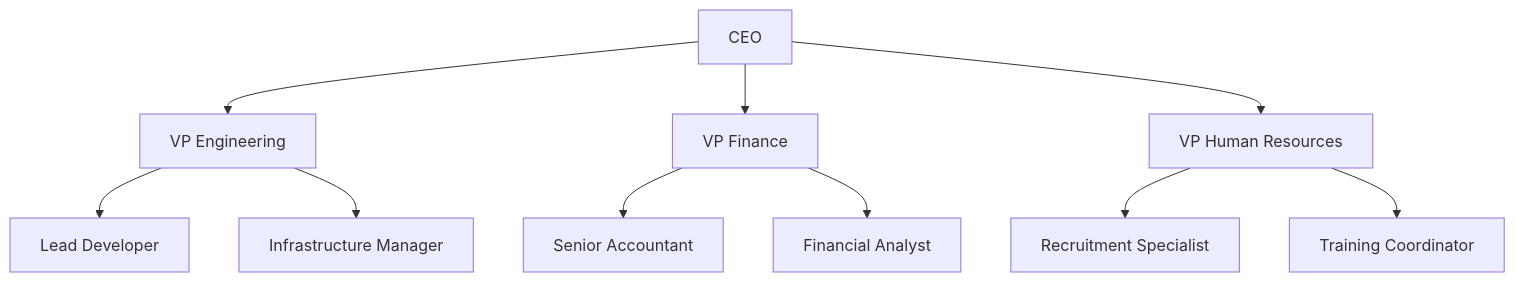
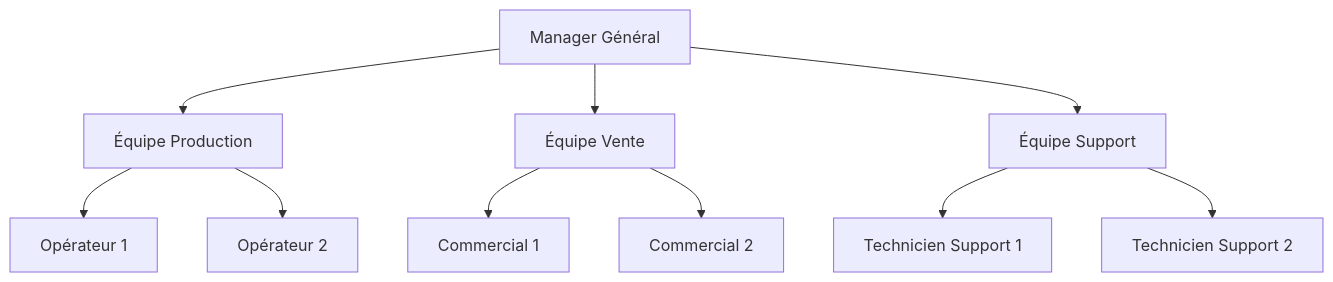
The diagram in 3.Organigrammes/300157330/README.md (CollegeBoreal/INF1042-203-25A-04), drawn with Mermaid before and after one commit.

````diff
--- a/3.Organigrammes/300157330/README.md
+++ b/3.Organigrammes/300157330/README.md
@@ -1,16 +1,16 @@
 ```mermaid
 graph TD
-  A["CEO"] --> B["VP Engineering"]
-  A --> C["VP Finance"]
-  A --> D["VP Human Resources"]
+  A["Manager Général"] --> B["Équipe Production"]
+  A --> C["Équipe Vente"]
+  A --> D["Équipe Support"]
 
-  B --> E["Lead Developer"]
-  B --> F["Infrastructure Manager"]
+  B --> E["Opérateur 1"]
+  B --> F["Opérateur 2"]
 
-  C --> G["Senior Accountant"]
-  C --> H["Financial Analyst"]
+  C --> G["Commercial 1"]
+  C --> H["Commercial 2"]
 
-  D --> I["Recruitment Specialist"]
-  D --> J["Training Coordinator"]
+  D --> I["Technicien Support 1"]
+  D --> J["Technicien Support 2"]
 
 ```
````
